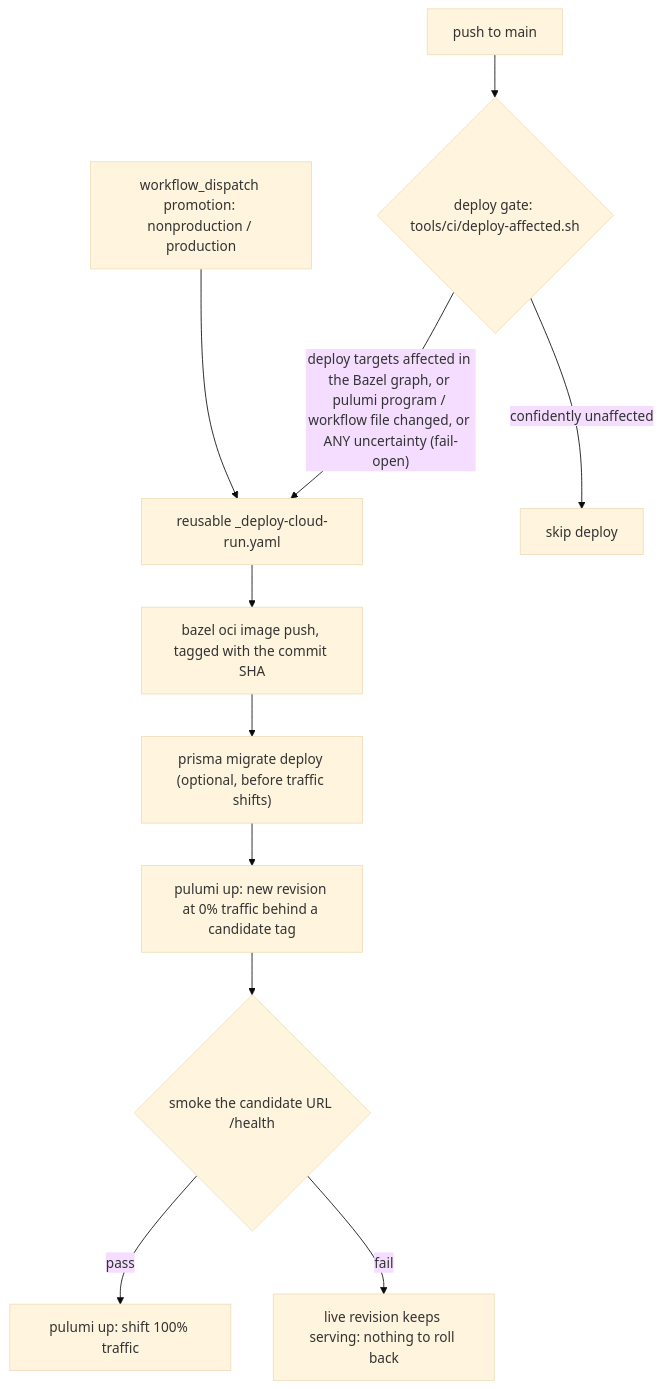
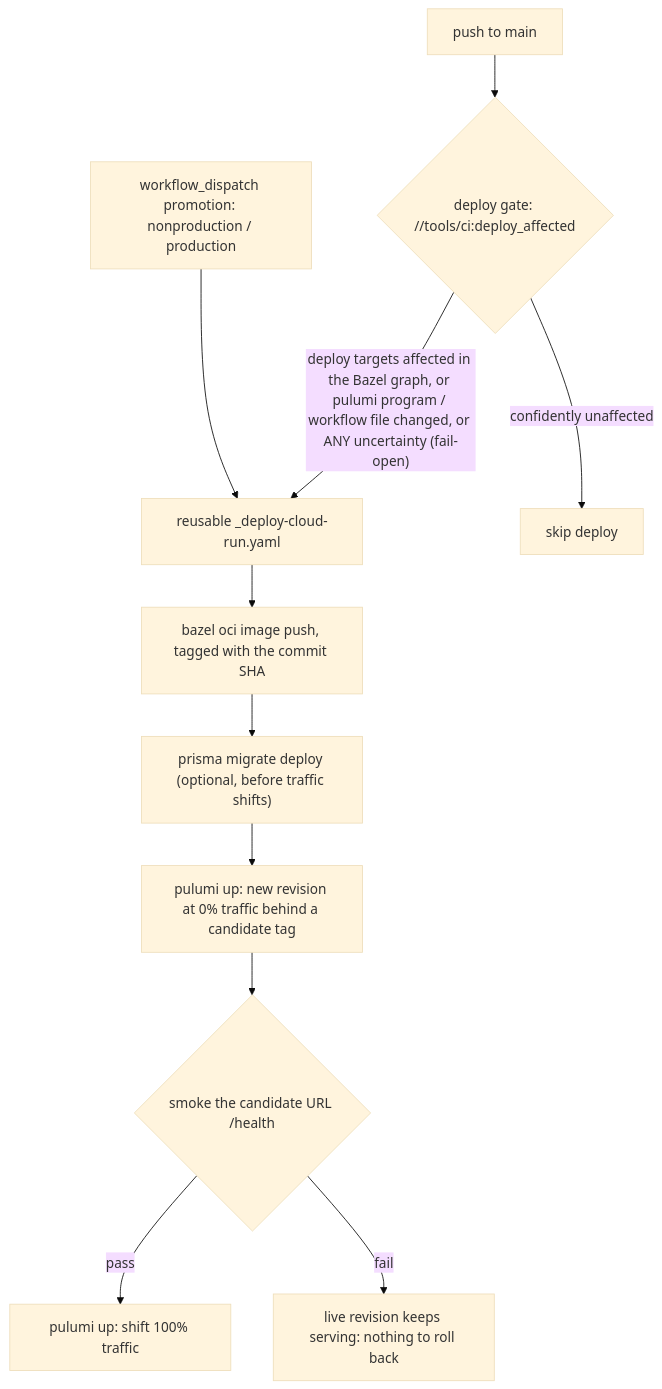
Before and after one commit to VitruvianSoftware/vitruvian-core: the third of 3 diagrams in CONTRIBUTING.md, drawn with Mermaid (base theme). The commit also changed other lines of this file and 52 other files, not shown here.

First line of the commit message:
refactor(ci): cut the deploy gate over to its Rust ports

````diff
--- a/CONTRIBUTING.md
+++ b/CONTRIBUTING.md
@@ -374,13 +374,13 @@
 ```mermaid
 flowchart TD
-    P["push to main"] --> GATE{"deploy gate: tools/ci/deploy-affected.sh"}
+    P["push to main"] --> GATE{"deploy gate: //tools/ci:deploy_affected"}
     GATE -->|"deploy targets affected in the Bazel graph, or pulumi program / workflow file changed, or ANY uncertainty (fail-open)"| RW["reusable _deploy-cloud-run.yaml"]
     GATE -->|confidently unaffected| SKIP["skip deploy"]
     WD["workflow_dispatch promotion: nonproduction / production"] --> RW
     RW --> B1["bazel oci image push, tagged with the commit SHA"]
     B1 --> M["prisma migrate deploy (optional, before traffic shifts)"]
     M --> C0["pulumi up: new revision at 0% traffic behind a candidate tag"]
     C0 --> SM{"smoke the candidate URL /health"}
     SM -->|pass| PRO["pulumi up: shift 100% traffic"]
     SM -->|fail| STOP["live revision keeps serving: nothing to roll back"]
 ```
````
